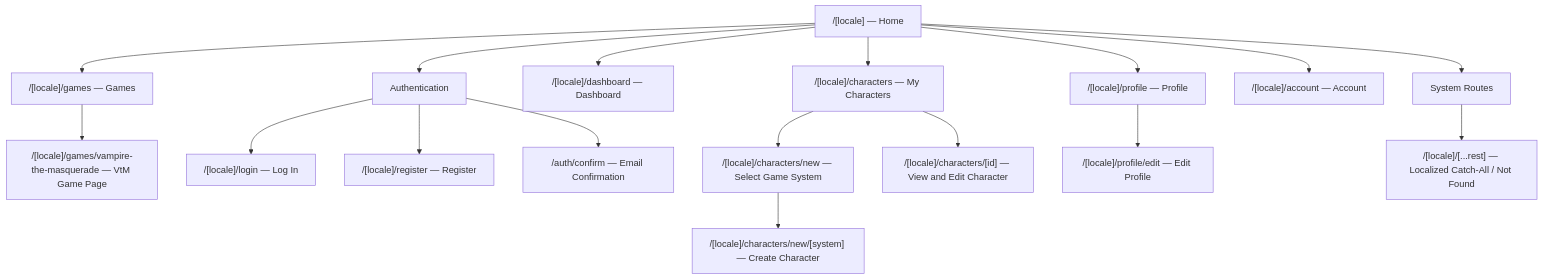
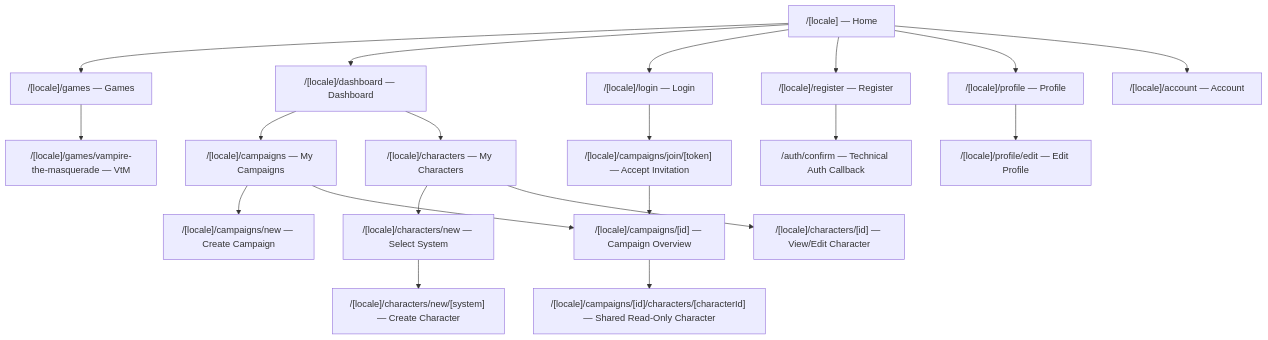
One commit to Andrey-0101/ttrpg-website changed the first of 6 diagrams in docs/product/SITE_MAP.md. Above: the diagram before and after it, drawn with Mermaid. The commit also changed other lines of this file and 19 other files, not shown here.

````diff
--- a/docs/product/SITE_MAP.md
+++ b/docs/product/SITE_MAP.md
@@ -8,27 +15,32 @@
 ```mermaid
 flowchart TD
     ROOT["/[locale] — Home"]
 
     ROOT --> GAMES["/[locale]/games — Games"]
-    GAMES --> VTM["/[locale]/games/vampire-the-masquerade — VtM Game Page"]
-
-    ROOT --> AUTH["Authentication"]
-    AUTH --> LOGIN["/[locale]/login — Log In"]
-    AUTH --> REGISTER["/[locale]/register — Register"]
-    AUTH --> CONFIRM["/auth/confirm — Email Confirmation"]
+    GAMES --> VTM["/[locale]/games/vampire-the-masquerade — VtM"]
 
     ROOT --> DASHBOARD["/[locale]/dashboard — Dashboard"]
+    DASHBOARD --> CAMPAIGNS["/[locale]/campaigns — My Campaigns"]
+    DASHBOARD --> CHARACTERS["/[locale]/characters — My Characters"]
 
-    ROOT --> CHARACTERS["/[locale]/characters — My Characters"]
-    CHARACTERS --> CHARACTER_NEW["/[locale]/characters/new — Select Game System"]
-    CHARACTER_NEW --> CHARACTER_NEW_SYSTEM["/[locale]/characters/new/[system] — Create Character"]
-    CHARACTERS --> CHARACTER_DETAIL["/[locale]/characters/[id] — View and Edit Character"]
-
+    ROOT --> LOGIN["/[locale]/login — Login"]
+    ROOT --> REGISTER["/[locale]/register — Register"]
     ROOT --> PROFILE["/[locale]/profile — Profile"]
     PROFILE --> PROFILE_EDIT["/[locale]/profile/edit — Edit Profile"]
-
     ROOT --> ACCOUNT["/[locale]/account — Account"]
 
-    ROOT --> SYSTEM["System Routes"]
-    SYSTEM --> NOT_FOUND["/[locale]/[...rest] — Localized Catch-All / Not Found"]
+    CHARACTERS --> CHARACTER_NEW["/[locale]/characters/new — Select System"]
+    CHARACTER_NEW --> CHARACTER_NEW_SYSTEM["/[locale]/characters/new/[system] — Create Character"]
+    CHARACTERS --> CHARACTER_DETAIL["/[locale]/characters/[id] — View/Edit Character"]
+
+    CAMPAIGNS --> CAMPAIGN_NEW["/[locale]/campaigns/new — Create Campaign"]
+    CAMPAIGNS --> CAMPAIGN_DETAIL["/[locale]/campaigns/[id] — Campaign Overview"]
+    CAMPAIGN_DETAIL --> SHARED_CHARACTER["/[locale]/campaigns/[id]/characters/[characterId] — Shared Read-Only Character"]
+
+    INVITE["/[locale]/campaigns/join/[token] — Accept Invitation"]
+    LOGIN --> INVITE
+    INVITE --> CAMPAIGN_DETAIL
+
+    CONFIRM["/auth/confirm — Technical Auth Callback"]
+    REGISTER --> CONFIRM
 ```
````
